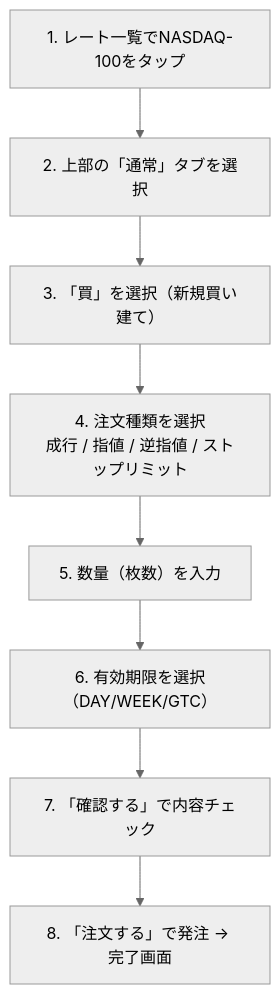
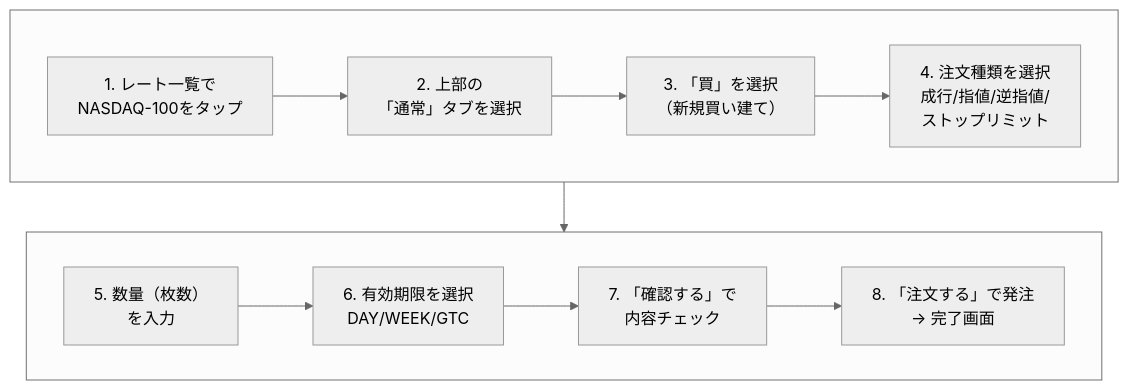
The third of 5 diagrams in SBI_KABU365_NASDAQ_GUIDE_20260624.md (KazuyaMurayama/NASDAQ_backtest), drawn with Mermaid (neutral theme) before and after one commit. The commit also changed other lines of this file, not shown here.

First line of the commit message:
docs: 手順書を改訂（2回目以降の注文・図の横方向化・取引時間に日本時間・§10削除）

````diff
--- a/SBI_KABU365_NASDAQ_GUIDE_20260624.md
+++ b/SBI_KABU365_NASDAQ_GUIDE_20260624.md
@@ -184,10 +183,12 @@
 ```mermaid
 flowchart TB
-    S1["1. レート一覧でNASDAQ-100をタップ"] --> S2["2. 上部の「通常」タブを選択"]
-    S2 --> S3["3. 「買」を選択（新規買い建て）"]
-    S3 --> S4["4. 注文種類を選択<br/>成行 / 指値 / 逆指値 / ストップリミット"]
-    S4 --> S5["5. 数量（枚数）を入力"]
-    S5 --> S6["6. 有効期限を選択（DAY/WEEK/GTC）"]
-    S6 --> S7["7. 「確認する」で内容チェック"]
-    S7 --> S8["8. 「注文する」で発注 → 完了画面"]
+    subgraph 上段[" "]
+        direction LR
+        S1["1. レート一覧で<br/>NASDAQ-100をタップ"] --> S2["2. 上部の<br/>「通常」タブを選択"] --> S3["3. 「買」を選択<br/>（新規買い建て）"] --> S4["4. 注文種類を選択<br/>成行/指値/逆指値/<br/>ストップリミット"]
+    end
+    subgraph 下段[" "]
+        direction LR
+        S5["5. 数量（枚数）<br/>を入力"] --> S6["6. 有効期限を選択<br/>DAY/WEEK/GTC"] --> S7["7. 「確認する」で<br/>内容チェック"] --> S8["8. 「注文する」で発注<br/>→ 完了画面"]
+    end
+    S4 --> S5
 ```
````
